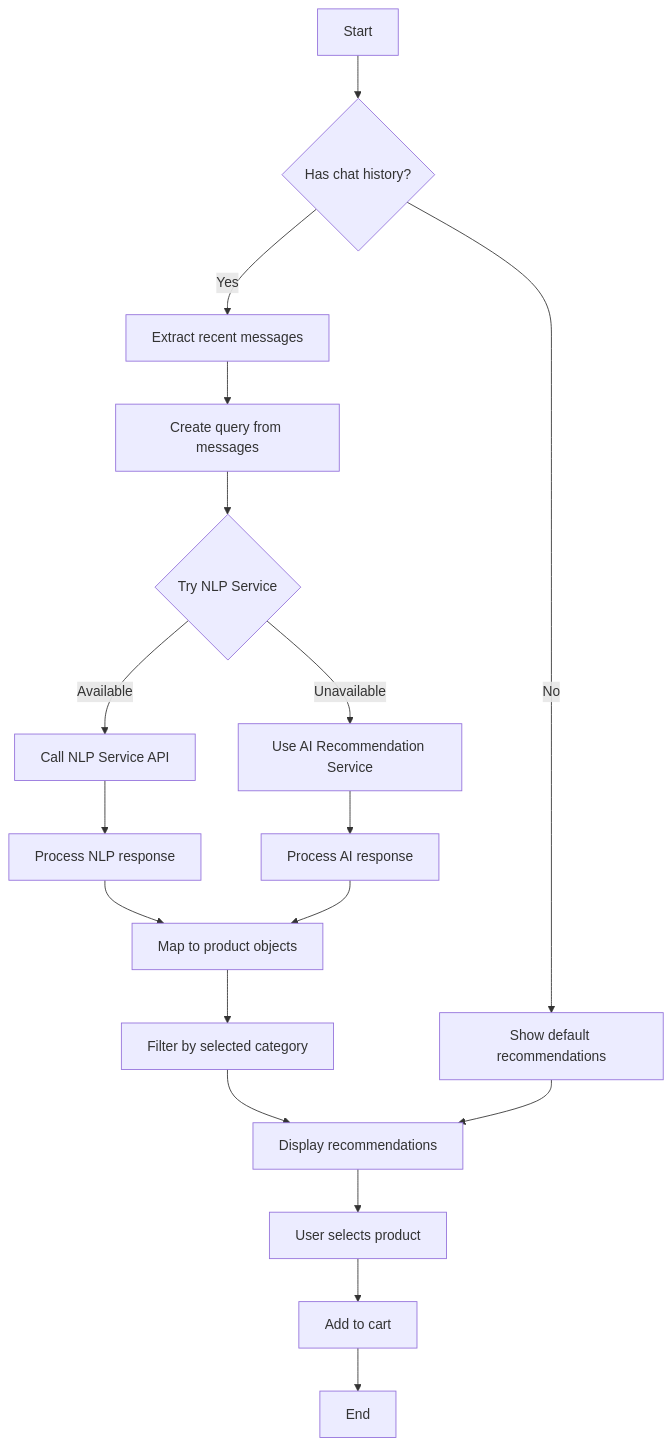
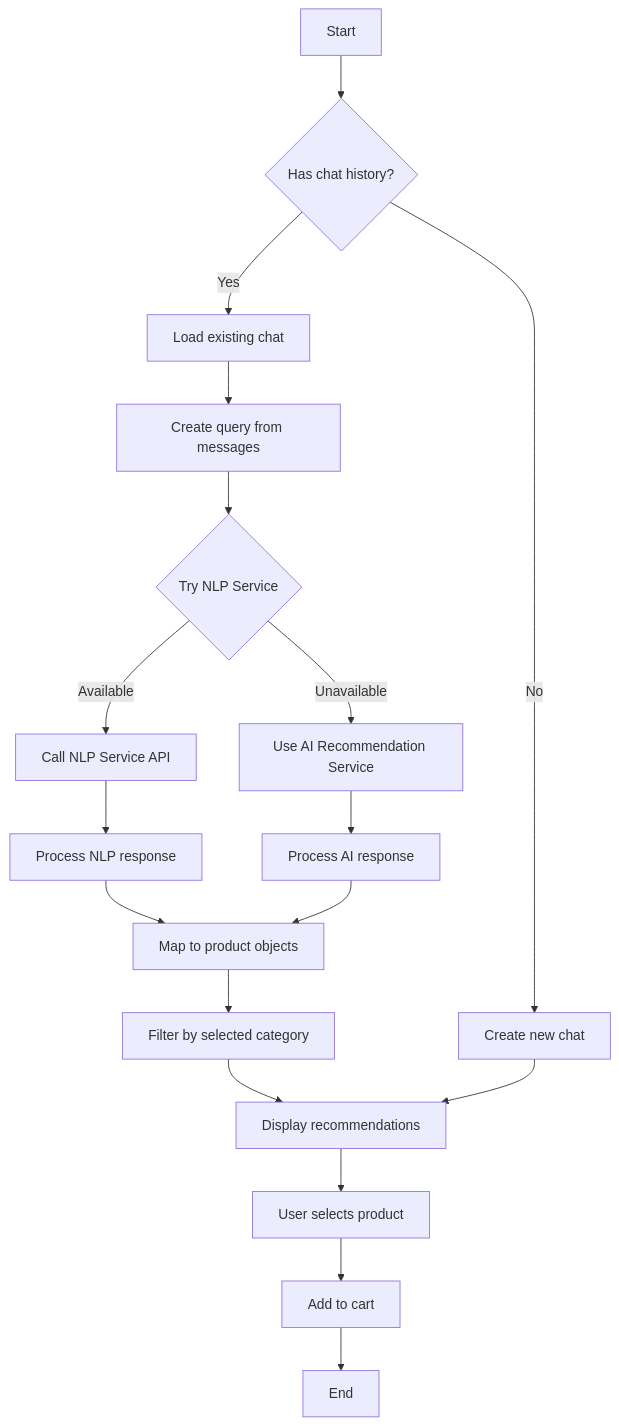
One commit to Gauravkrsah/Cropsay changed the fifth of 13 diagrams in documentation/codedoc.md. Above: the diagram before and after it, drawn with Mermaid. The commit also changed other lines of this file, not shown here.

````diff
--- a/documentation/codedoc.md
+++ b/documentation/codedoc.md
@@ -558,25 +539,25 @@
 ```mermaid
 graph TD
     A[Start] --> B{Has chat history?}
-    B -->|No| C[Show default recommendations]
-    B -->|Yes| D[Extract recent messages]
+    B -->|No| C[Create new chat]
+    B -->|Yes| D[Load existing chat]
     D --> E[Create query from messages]
     E --> F{Try NLP Service}
     
     F -->|Available| G[Call NLP Service API]
     F -->|Unavailable| H[Use AI Recommendation Service]
     
     G --> I[Process NLP response]
     H --> J[Process AI response]
     
     I --> K[Map to product objects]
     J --> K
     
     K --> L[Filter by selected category]
     L --> M[Display recommendations]
     C --> M
     
     M --> N[User selects product]
     N --> O[Add to cart]
     O --> P[End]
 ```
````
